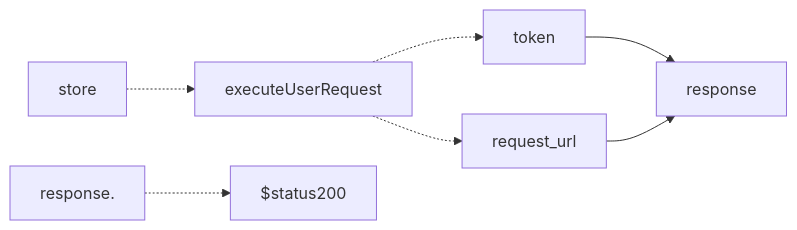
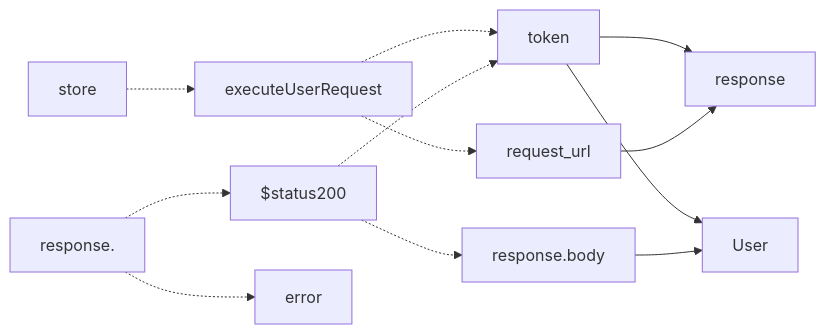
Diagram 12 of 13 in newage/astro.md (gordianknotC/nxp_note), drawn with Mermaid before and after one commit. The commit also changed other lines of this file, not shown here.

Commit message:
newage/astro.md updated from https://stackedit.io/

````diff
--- a/newage/astro.md
+++ b/newage/astro.md
@@ -197,11 +197,16 @@
 ```mermaid
 graph LR
 store -.-> executeUserRequest
 executeUserRequest -.-> token
 executeUserRequest -.-> request_url
 token --> response
 request_url --> response
 
 response. -.-> $status200
+response. -.-> error
+$status200 -.-> response.body
+$status200 -.-> token
+token --> User
+response.body --> User
 
 ```
````
